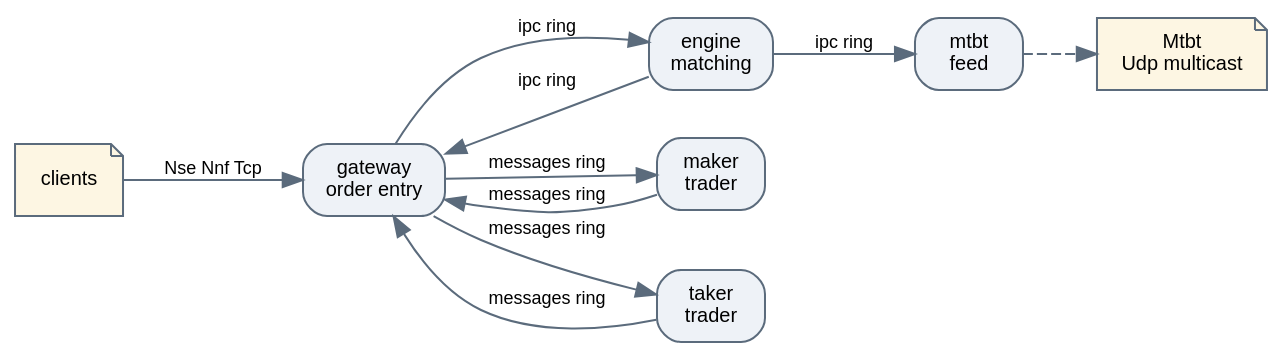
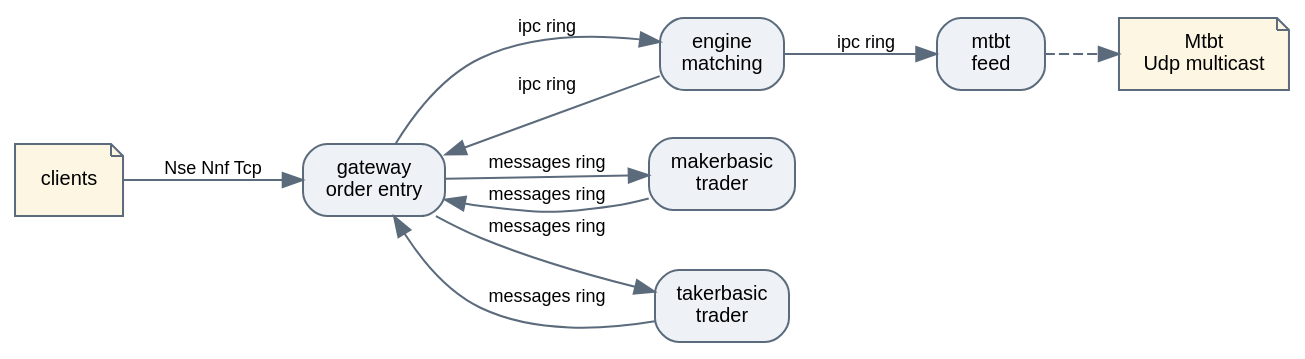
Before and after one commit to Open-Markets-Initiative/omi-cpp-exchanges: the diagram in nse/fo/system/topology.dot, drawn with Graphviz. The commit also changed 2870 other files, not shown here.

```diff
--- a/nse/fo/system/topology.dot
+++ b/nse/fo/system/topology.dot
@@ -1,37 +1,37 @@
 // Nse Futures and Options — the venue's components and the links between them.
 //
 // Generated from the exchange's own declaration, so it cannot disagree with what was
 // built. Render it with:  dot -Tsvg topology.dot -o topology.svg
 
 digraph nse {
     rankdir = LR;
     graph [fontname = "Helvetica", bgcolor = "transparent", splines = true];
     node  [fontname = "Helvetica", fontsize = 10, shape = box, style = "rounded,filled", fillcolor = "#eef2f7", color = "#5b6b7c"];
     edge  [fontname = "Helvetica", fontsize = 9, color = "#5b6b7c"];
 
     // The outside world: what reaches the venue and what leaves it.
     clients [label = "clients", shape = note, fillcolor = "#fdf6e3"];
     mtbt_out [label = "Mtbt\nUdp multicast", shape = note, fillcolor = "#fdf6e3"];
 
     // The components, each its own process in the separated versions and its own thread in the single binary.
     gateway [label = "gateway\norder entry"];
     engine [label = "engine\nmatching"];
     mtbt [label = "mtbt\nfeed"];
-    maker [label = "maker\ntrader"];
-    taker [label = "taker\ntrader"];
+    makerbasic [label = "makerbasic\ntrader"];
+    takerbasic [label = "takerbasic\ntrader"];
 
     // Order entry arrives over Tcp, whichever version is running.
     clients -> gateway [label = "Nse Nnf Tcp"];
 
     // Between the components: a queue in one process, a ring across several, a socket across machines.
     gateway -> engine [label = "ipc ring"];
     engine -> gateway [label = "ipc ring"];
     engine -> mtbt [label = "ipc ring"];
-    gateway -> maker [label = "messages ring"];
-    maker -> gateway [label = "messages ring"];
-    gateway -> taker [label = "messages ring"];
-    taker -> gateway [label = "messages ring"];
+    gateway -> makerbasic [label = "messages ring"];
+    makerbasic -> gateway [label = "messages ring"];
+    gateway -> takerbasic [label = "messages ring"];
+    takerbasic -> gateway [label = "messages ring"];
 
     // And out: each feed publishes and records what it is given.
     mtbt -> mtbt_out [style = dashed];
 }
```
